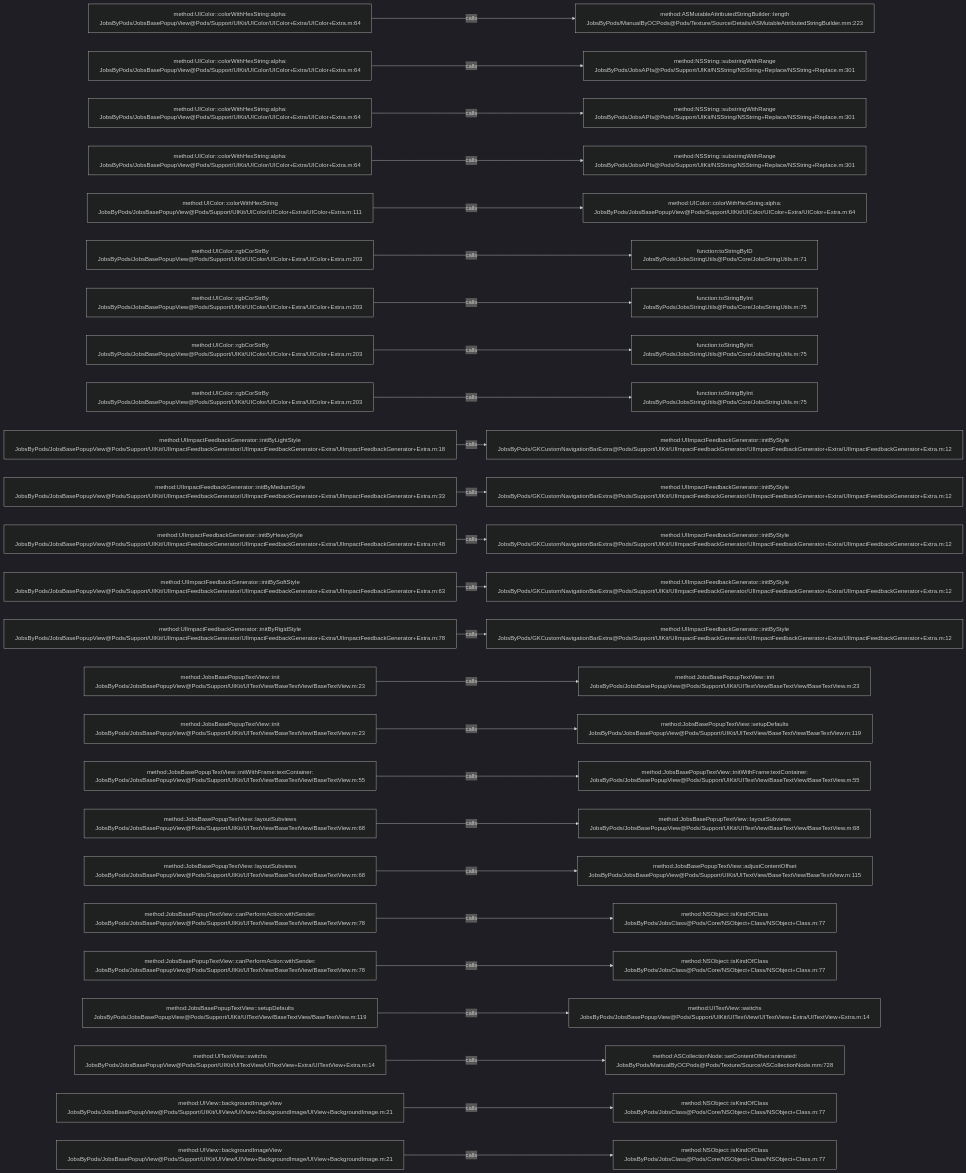
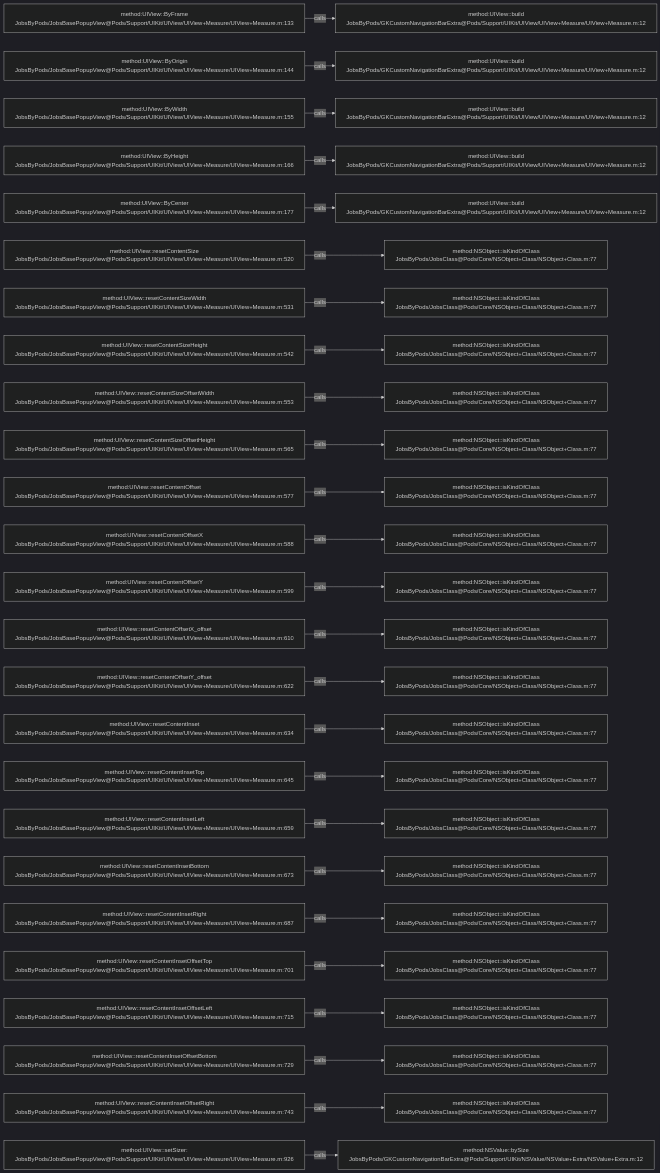
One commit to JobsKits/JobsOCBaseConfigDemo changed the diagram in .codegraph/codegraph.md/graphs/calls-025.md. Above: the diagram before and after it, drawn with Mermaid (dark theme). The commit also changed 639 other files, not shown here.

````diff
--- a/.codegraph/codegraph.md/graphs/calls-025.md
+++ b/.codegraph/codegraph.md/graphs/calls-025.md
@@ -13,78 +13,78 @@
 ```mermaid
 flowchart LR
-  S1["method:UIColor::colorWithHexString:alpha:<br/>JobsByPods/JobsBasePopupView@Pods/Support/UIKit/UIColor/UIColor+Extra/UIColor+Extra.m:64"]
-  T1["method:ASMutableAttributedStringBuilder::length<br/>JobsByPods/ManualByOCPods@Pods/Texture/Source/Details/ASMutableAttributedStringBuilder.mm:223"]
+  S1["method:UIView::ByFrame<br/>JobsByPods/JobsBasePopupView@Pods/Support/UIKit/UIView/UIView+Measure/UIView+Measure.m:133"]
+  T1["method:UIView::build<br/>JobsByPods/GKCustomNavigationBarExtra@Pods/Support/UIKit/UIView/UIView+Measure/UIView+Measure.m:12"]
   S1 -->|calls| T1
-  S2["method:UIColor::colorWithHexString:alpha:<br/>JobsByPods/JobsBasePopupView@Pods/Support/UIKit/UIColor/UIColor+Extra/UIColor+Extra.m:64"]
-  T2["method:NSString::substringWithRange<br/>JobsByPods/JobsAPIs@Pods/Support/UIKit/NSString/NSString+Replace/NSString+Replace.m:301"]
+  S2["method:UIView::ByOrigin<br/>JobsByPods/JobsBasePopupView@Pods/Support/UIKit/UIView/UIView+Measure/UIView+Measure.m:144"]
+  T2["method:UIView::build<br/>JobsByPods/GKCustomNavigationBarExtra@Pods/Support/UIKit/UIView/UIView+Measure/UIView+Measure.m:12"]
   S2 -->|calls| T2
-  S3["method:UIColor::colorWithHexString:alpha:<br/>JobsByPods/JobsBasePopupView@Pods/Support/UIKit/UIColor/UIColor+Extra/UIColor+Extra.m:64"]
-  T3["method:NSString::substringWithRange<br/>JobsByPods/JobsAPIs@Pods/Support/UIKit/NSString/NSString+Replace/NSString+Replace.m:301"]
+  S3["method:UIView::ByWidth<br/>JobsByPods/JobsBasePopupView@Pods/Support/UIKit/UIView/UIView+Measure/UIView+Measure.m:155"]
+  T3["method:UIView::build<br/>JobsByPods/GKCustomNavigationBarExtra@Pods/Support/UIKit/UIView/UIView+Measure/UIView+Measure.m:12"]
   S3 -->|calls| T3
-  S4["method:UIColor::colorWithHexString:alpha:<br/>JobsByPods/JobsBasePopupView@Pods/Support/UIKit/UIColor/UIColor+Extra/UIColor+Extra.m:64"]
-  T4["method:NSString::substringWithRange<br/>JobsByPods/JobsAPIs@Pods/Support/UIKit/NSString/NSString+Replace/NSString+Replace.m:301"]
+  S4["method:UIView::ByHeight<br/>JobsByPods/JobsBasePopupView@Pods/Support/UIKit/UIView/UIView+Measure/UIView+Measure.m:166"]
+  T4["method:UIView::build<br/>JobsByPods/GKCustomNavigationBarExtra@Pods/Support/UIKit/UIView/UIView+Measure/UIView+Measure.m:12"]
   S4 -->|calls| T4
-  S5["method:UIColor::colorWithHexString<br/>JobsByPods/JobsBasePopupView@Pods/Support/UIKit/UIColor/UIColor+Extra/UIColor+Extra.m:111"]
-  T5["method:UIColor::colorWithHexString:alpha:<br/>JobsByPods/JobsBasePopupView@Pods/Support/UIKit/UIColor/UIColor+Extra/UIColor+Extra.m:64"]
+  S5["method:UIView::ByCenter<br/>JobsByPods/JobsBasePopupView@Pods/Support/UIKit/UIView/UIView+Measure/UIView+Measure.m:177"]
+  T5["method:UIView::build<br/>JobsByPods/GKCustomNavigationBarExtra@Pods/Support/UIKit/UIView/UIView+Measure/UIView+Measure.m:12"]
   S5 -->|calls| T5
-  S6["method:UIColor::rgbCorStrBy<br/>JobsByPods/JobsBasePopupView@Pods/Support/UIKit/UIColor/UIColor+Extra/UIColor+Extra.m:203"]
-  T6["function:toStringByID<br/>JobsByPods/JobsStringUtils@Pods/Core/JobsStringUtils.m:71"]
+  S6["method:UIView::resetContentSize<br/>JobsByPods/JobsBasePopupView@Pods/Support/UIKit/UIView/UIView+Measure/UIView+Measure.m:520"]
+  T6["method:NSObject::isKindOfClass<br/>JobsByPods/JobsClass@Pods/Core/NSObject+Class/NSObject+Class.m:77"]
   S6 -->|calls| T6
-  S7["method:UIColor::rgbCorStrBy<br/>JobsByPods/JobsBasePopupView@Pods/Support/UIKit/UIColor/UIColor+Extra/UIColor+Extra.m:203"]
-  T7["function:toStringByInt<br/>JobsByPods/JobsStringUtils@Pods/Core/JobsStringUtils.m:75"]
+  S7["method:UIView::resetContentSizeWidth<br/>JobsByPods/JobsBasePopupView@Pods/Support/UIKit/UIView/UIView+Measure/UIView+Measure.m:531"]
+  T7["method:NSObject::isKindOfClass<br/>JobsByPods/JobsClass@Pods/Core/NSObject+Class/NSObject+Class.m:77"]
   S7 -->|calls| T7
-  S8["method:UIColor::rgbCorStrBy<br/>JobsByPods/JobsBasePopupView@Pods/Support/UIKit/UIColor/UIColor+Extra/UIColor+Extra.m:203"]
-  T8["function:toStringByInt<br/>JobsByPods/JobsStringUtils@Pods/Core/JobsStringUtils.m:75"]
+  S8["method:UIView::resetContentSizeHeight<br/>JobsByPods/JobsBasePopupView@Pods/Support/UIKit/UIView/UIView+Measure/UIView+Measure.m:542"]
+  T8["method:NSObject::isKindOfClass<br/>JobsByPods/JobsClass@Pods/Core/NSObject+Class/NSObject+Class.m:77"]
   S8 -->|calls| T8
-  S9["method:UIColor::rgbCorStrBy<br/>JobsByPods/JobsBasePopupView@Pods/Support/UIKit/UIColor/UIColor+Extra/UIColor+Extra.m:203"]
-  T9["function:toStringByInt<br/>JobsByPods/JobsStringUtils@Pods/Core/JobsStringUtils.m:75"]
+  S9["method:UIView::resetContentSizeOffsetWidth<br/>JobsByPods/JobsBasePopupView@Pods/Support/UIKit/UIView/UIView+Measure/UIView+Measure.m:553"]
+  T9["method:NSObject::isKindOfClass<br/>JobsByPods/JobsClass@Pods/Core/NSObject+Class/NSObject+Class.m:77"]
   S9 -->|calls| T9
-  S10["method:UIImpactFeedbackGenerator::initByLightStyle<br/>JobsByPods/JobsBasePopupView@Pods/Support/UIKit/UIImpactFeedbackGenerator/UIImpactFeedbackGenerator+Extra/UIImpactFeedbackGenerator+Extra.m:18"]
-  T10["method:UIImpactFeedbackGenerator::initByStyle<br/>JobsByPods/GKCustomNavigationBarExtra@Pods/Support/UIKit/UIImpactFeedbackGenerator/UIImpactFeedbackGenerator+Extra/UIImpactFeedbackGenerator+Extra.m:12"]
+  S10["method:UIView::resetContentSizeOffsetHeight<br/>JobsByPods/JobsBasePopupView@Pods/Support/UIKit/UIView/UIView+Measure/UIView+Measure.m:565"]
+  T10["method:NSObject::isKindOfClass<br/>JobsByPods/JobsClass@Pods/Core/NSObject+Class/NSObject+Class.m:77"]
   S10 -->|calls| T10
-  S11["method:UIImpactFeedbackGenerator::initByMediumStyle<br/>JobsByPods/JobsBasePopupView@Pods/Support/UIKit/UIImpactFeedbackGenerator/UIImpactFeedbackGenerator+Extra/UIImpactFeedbackGenerator+Extra.m:33"]
-  T11["method:UIImpactFeedbackGenerator::initByStyle<br/>JobsByPods/GKCustomNavigationBarExtra@Pods/Support/UIKit/UIImpactFeedbackGenerator/UIImpactFeedbackGenerator+Extra/UIImpactFeedbackGenerator+Extra.m:12"]
+  S11["method:UIView::resetContentOffset<br/>JobsByPods/JobsBasePopupView@Pods/Support/UIKit/UIView/UIView+Measure/UIView+Measure.m:577"]
+  T11["method:NSObject::isKindOfClass<br/>JobsByPods/JobsClass@Pods/Core/NSObject+Class/NSObject+Class.m:77"]
   S11 -->|calls| T11
-  S12["method:UIImpactFeedbackGenerator::initByHeavyStyle<br/>JobsByPods/JobsBasePopupView@Pods/Support/UIKit/UIImpactFeedbackGenerator/UIImpactFeedbackGenerator+Extra/UIImpactFeedbackGenerator+Extra.m:48"]
-  T12["method:UIImpactFeedbackGenerator::initByStyle<br/>JobsByPods/GKCustomNavigationBarExtra@Pods/Support/UIKit/UIImpactFeedbackGenerator/UIImpactFeedbackGenerator+Extra/UIImpactFeedbackGenerator+Extra.m:12"]
+  S12["method:UIView::resetContentOffsetX<br/>JobsByPods/JobsBasePopupView@Pods/Support/UIKit/UIView/UIView+Measure/UIView+Measure.m:588"]
+  T12["method:NSObject::isKindOfClass<br/>JobsByPods/JobsClass@Pods/Core/NSObject+Class/NSObject+Class.m:77"]
   S12 -->|calls| T12
-  S13["method:UIImpactFeedbackGenerator::initBySoftStyle<br/>JobsByPods/JobsBasePopupView@Pods/Support/UIKit/UIImpactFeedbackGenerator/UIImpactFeedbackGenerator+Extra/UIImpactFeedbackGenerator+Extra.m:63"]
-  T13["method:UIImpactFeedbackGenerator::initByStyle<br/>JobsByPods/GKCustomNavigationBarExtra@Pods/Support/UIKit/UIImpactFeedbackGenerator/UIImpactFeedbackGenerator+Extra/UIImpactFeedbackGenerator+Extra.m:12"]
+  S13["method:UIView::resetContentOffsetY<br/>JobsByPods/JobsBasePopupView@Pods/Support/UIKit/UIView/UIView+Measure/UIView+Measure.m:599"]
+  T13["method:NSObject::isKindOfClass<br/>JobsByPods/JobsClass@Pods/Core/NSObject+Class/NSObject+Class.m:77"]
   S13 -->|calls| T13
-  S14["method:UIImpactFeedbackGenerator::initByRigidStyle<br/>JobsByPods/JobsBasePopupView@Pods/Support/UIKit/UIImpactFeedbackGenerator/UIImpactFeedbackGenerator+Extra/UIImpactFeedbackGenerator+Extra.m:78"]
-  T14["method:UIImpactFeedbackGenerator::initByStyle<br/>JobsByPods/GKCustomNavigationBarExtra@Pods/Support/UIKit/UIImpactFeedbackGenerator/UIImpactFeedbackGenerator+Extra/UIImpactFeedbackGenerator+Extra.m:12"]
+  S14["method:UIView::resetContentOffsetX_offset<br/>JobsByPods/JobsBasePopupView@Pods/Support/UIKit/UIView/UIView+Measure/UIView+Measure.m:610"]
+  T14["method:NSObject::isKindOfClass<br/>JobsByPods/JobsClass@Pods/Core/NSObject+Class/NSObject+Class.m:77"]
   S14 -->|calls| T14
-  S15["method:JobsBasePopupTextView::init<br/>JobsByPods/JobsBasePopupView@Pods/Support/UIKit/UITextView/BaseTextView/BaseTextView.m:23"]
-  T15["method:JobsBasePopupTextView::init<br/>JobsByPods/JobsBasePopupView@Pods/Support/UIKit/UITextView/BaseTextView/BaseTextView.m:23"]
+  S15["method:UIView::resetContentOffsetY_offset<br/>JobsByPods/JobsBasePopupView@Pods/Support/UIKit/UIView/UIView+Measure/UIView+Measure.m:622"]
+  T15["method:NSObject::isKindOfClass<br/>JobsByPods/JobsClass@Pods/Core/NSObject+Class/NSObject+Class.m:77"]
   S15 -->|calls| T15
-  S16["method:JobsBasePopupTextView::init<br/>JobsByPods/JobsBasePopupView@Pods/Support/UIKit/UITextView/BaseTextView/BaseTextView.m:23"]
-  T16["method:JobsBasePopupTextView::setupDefaults<br/>JobsByPods/JobsBasePopupView@Pods/Support/UIKit/UITextView/BaseTextView/BaseTextView.m:119"]
+  S16["method:UIView::resetContentInset<br/>JobsByPods/JobsBasePopupView@Pods/Support/UIKit/UIView/UIView+Measure/UIView+Measure.m:634"]
+  T16["method:NSObject::isKindOfClass<br/>JobsByPods/JobsClass@Pods/Core/NSObject+Class/NSObject+Class.m:77"]
   S16 -->|calls| T16
-  S17["method:JobsBasePopupTextView::initWithFrame:textContainer:<br/>JobsByPods/JobsBasePopupView@Pods/Support/UIKit/UITextView/BaseTextView/BaseTextView.m:55"]
-  T17["method:JobsBasePopupTextView::initWithFrame:textContainer:<br/>JobsByPods/JobsBasePopupView@Pods/Support/UIKit/UITextView/BaseTextView/BaseTextView.m:55"]
+  S17["method:UIView::resetContentInsetTop<br/>JobsByPods/JobsBasePopupView@Pods/Support/UIKit/UIView/UIView+Measure/UIView+Measure.m:645"]
+  T17["method:NSObject::isKindOfClass<br/>JobsByPods/JobsClass@Pods/Core/NSObject+Class/NSObject+Class.m:77"]
   S17 -->|calls| T17
-  S18["method:JobsBasePopupTextView::layoutSubviews<br/>JobsByPods/JobsBasePopupView@Pods/Support/UIKit/UITextView/BaseTextView/BaseTextView.m:68"]
-  T18["method:JobsBasePopupTextView::layoutSubviews<br/>JobsByPods/JobsBasePopupView@Pods/Support/UIKit/UITextView/BaseTextView/BaseTextView.m:68"]
+  S18["method:UIView::resetContentInsetLeft<br/>JobsByPods/JobsBasePopupView@Pods/Support/UIKit/UIView/UIView+Measure/UIView+Measure.m:659"]
+  T18["method:NSObject::isKindOfClass<br/>JobsByPods/JobsClass@Pods/Core/NSObject+Class/NSObject+Class.m:77"]
   S18 -->|calls| T18
-  S19["method:JobsBasePopupTextView::layoutSubviews<br/>JobsByPods/JobsBasePopupView@Pods/Support/UIKit/UITextView/BaseTextView/BaseTextView.m:68"]
-  T19["method:JobsBasePopupTextView::adjustContentOffset<br/>JobsByPods/JobsBasePopupView@Pods/Support/UIKit/UITextView/BaseTextView/BaseTextView.m:115"]
+  S19["method:UIView::resetContentInsetBottom<br/>JobsByPods/JobsBasePopupView@Pods/Support/UIKit/UIView/UIView+Measure/UIView+Measure.m:673"]
+  T19["method:NSObject::isKindOfClass<br/>JobsByPods/JobsClass@Pods/Core/NSObject+Class/NSObject+Class.m:77"]
   S19 -->|calls| T19
-  S20["method:JobsBasePopupTextView::canPerformAction:withSender:<br/>JobsByPods/JobsBasePopupView@Pods/Support/UIKit/UITextView/BaseTextView/BaseTextView.m:78"]
+  S20["method:UIView::resetContentInsetRight<br/>JobsByPods/JobsBasePopupView@Pods/Support/UIKit/UIView/UIView+Measure/UIView+Measure.m:687"]
   T20["method:NSObject::isKindOfClass<br/>JobsByPods/JobsClass@Pods/Core/NSObject+Class/NSObject+Class.m:77"]
   S20 -->|calls| T20
-  S21["method:JobsBasePopupTextView::canPerformAction:withSender:<br/>JobsByPods/JobsBasePopupView@Pods/Support/UIKit/UITextView/BaseTextView/BaseTextView.m:78"]
+  S21["method:UIView::resetContentInsetOffsetTop<br/>JobsByPods/JobsBasePopupView@Pods/Support/UIKit/UIView/UIView+Measure/UIView+Measure.m:701"]
   T21["method:NSObject::isKindOfClass<br/>JobsByPods/JobsClass@Pods/Core/NSObject+Class/NSObject+Class.m:77"]
   S21 -->|calls| T21
-  S22["method:JobsBasePopupTextView::setupDefaults<br/>JobsByPods/JobsBasePopupView@Pods/Support/UIKit/UITextView/BaseTextView/BaseTextView.m:119"]
-  T22["method:UITextView::switchs<br/>JobsByPods/JobsBasePopupView@Pods/Support/UIKit/UITextView/UITextView+Extra/UITextView+Extra.m:14"]
+  S22["method:UIView::resetContentInsetOffsetLeft<br/>JobsByPods/JobsBasePopupView@Pods/Support/UIKit/UIView/UIView+Measure/UIView+Measure.m:715"]
+  T22["method:NSObject::isKindOfClass<br/>JobsByPods/JobsClass@Pods/Core/NSObject+Class/NSObject+Class.m:77"]
   S22 -->|calls| T22
-  S23["method:UITextView::switchs<br/>JobsByPods/JobsBasePopupView@Pods/Support/UIKit/UITextView/UITextView+Extra/UITextView+Extra.m:14"]
-  T23["method:ASCollectionNode::setContentOffset:animated:<br/>JobsByPods/ManualByOCPods@Pods/Texture/Source/ASCollectionNode.mm:728"]
+  S23["method:UIView::resetContentInsetOffsetBottom<br/>JobsByPods/JobsBasePopupView@Pods/Support/UIKit/UIView/UIView+Measure/UIView+Measure.m:729"]
+  T23["method:NSObject::isKindOfClass<br/>JobsByPods/JobsClass@Pods/Core/NSObject+Class/NSObject+Class.m:77"]
   S23 -->|calls| T23
-  S24["method:UIView::backgroundImageView<br/>JobsByPods/JobsBasePopupView@Pods/Support/UIKit/UIView/UIView+BackgroundImage/UIView+BackgroundImage.m:21"]
+  S24["method:UIView::resetContentInsetOffsetRight<br/>JobsByPods/JobsBasePopupView@Pods/Support/UIKit/UIView/UIView+Measure/UIView+Measure.m:743"]
   T24["method:NSObject::isKindOfClass<br/>JobsByPods/JobsClass@Pods/Core/NSObject+Class/NSObject+Class.m:77"]
   S24 -->|calls| T24
-  S25["method:UIView::backgroundImageView<br/>JobsByPods/JobsBasePopupView@Pods/Support/UIKit/UIView/UIView+BackgroundImage/UIView+BackgroundImage.m:21"]
-  T25["method:NSObject::isKindOfClass<br/>JobsByPods/JobsClass@Pods/Core/NSObject+Class/NSObject+Class.m:77"]
+  S25["method:UIView::setSizer:<br/>JobsByPods/JobsBasePopupView@Pods/Support/UIKit/UIView/UIView+Measure/UIView+Measure.m:926"]
+  T25["method:NSValue::bySize<br/>JobsByPods/GKCustomNavigationBarExtra@Pods/Support/UIKit/NSValue/NSValue+Extra/NSValue+Extra.m:12"]
   S25 -->|calls| T25
 ```
````
